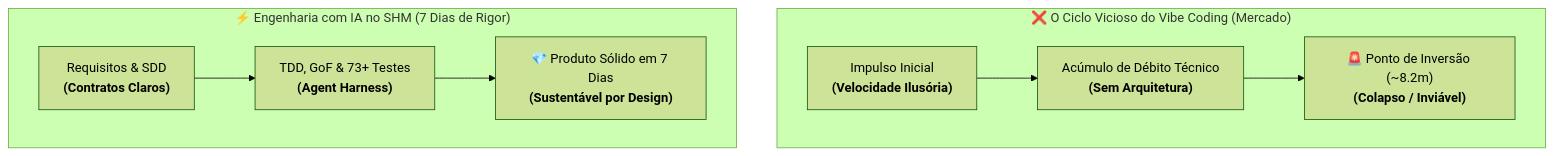
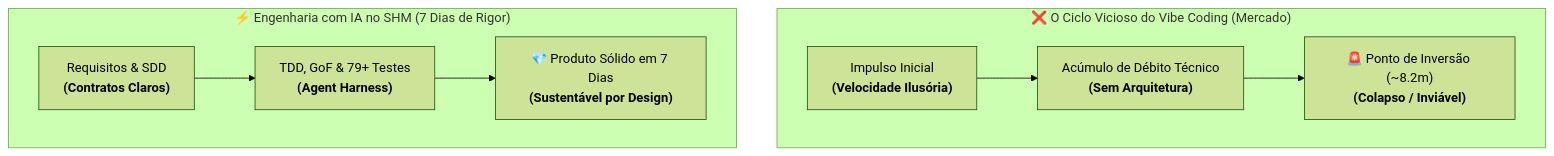
One commit to andresouza72br-sketch/SHM---Support-Hours-Manage changed the first of 2 diagrams in README.md. Above: the diagram before and after it, drawn with Mermaid (forest theme). The commit also changed other lines of this file and 29 other files, not shown here.

````diff
--- a/README.md
+++ b/README.md
@@ -46,12 +46,12 @@
 ```mermaid
 flowchart TD
     subgraph Vibe["❌ O Ciclo Vicioso do Vibe Coding (Mercado)"]
         direction LR
         V1["Impulso Inicial<br><b>(Velocidade Ilusória)</b>"] --> V2["Acúmulo de Débito Técnico<br><b>(Sem Arquitetura)</b>"] --> V3["🚨 Ponto de Inversão (~8.2m)<br><b>(Colapso / Inviável)</b>"]
     end
     
     subgraph SHM["⚡ Engenharia com IA no SHM (7 Dias de Rigor)"]
         direction LR
-        S1["Requisitos & SDD<br><b>(Contratos Claros)</b>"] --> S2["TDD, GoF & 73+ Testes<br><b>(Agent Harness)</b>"] --> S3["💎 Produto Sólido em 7 Dias<br><b>(Sustentável por Design)</b>"]
+        S1["Requisitos & SDD<br><b>(Contratos Claros)</b>"] --> S2["TDD, GoF & 79+ Testes<br><b>(Agent Harness)</b>"] --> S3["💎 Produto Sólido em 7 Dias<br><b>(Sustentável por Design)</b>"]
     end
 ```
````
